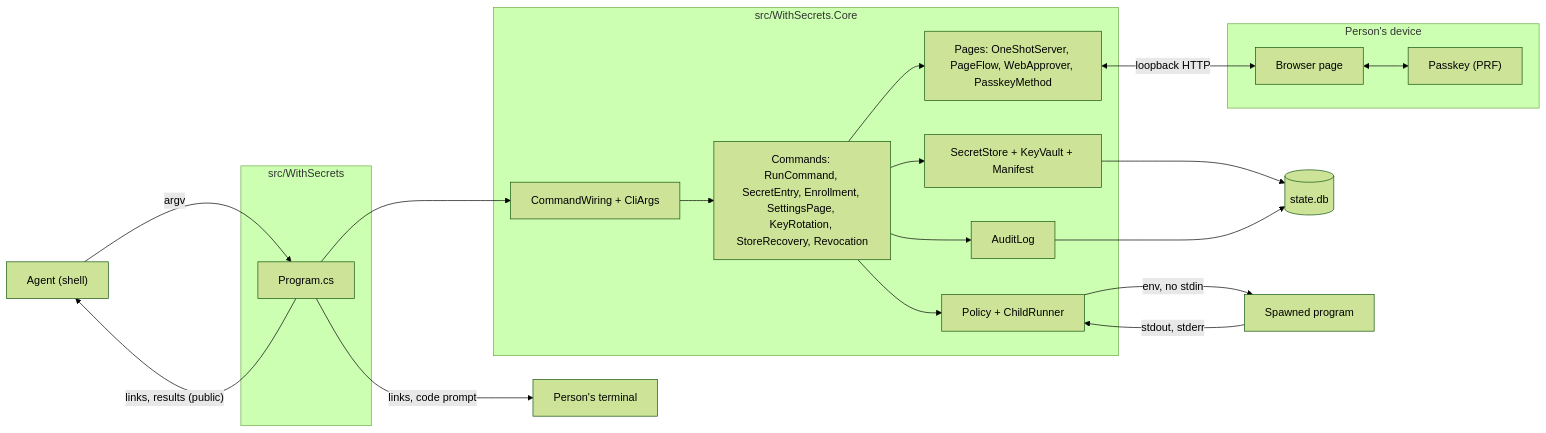
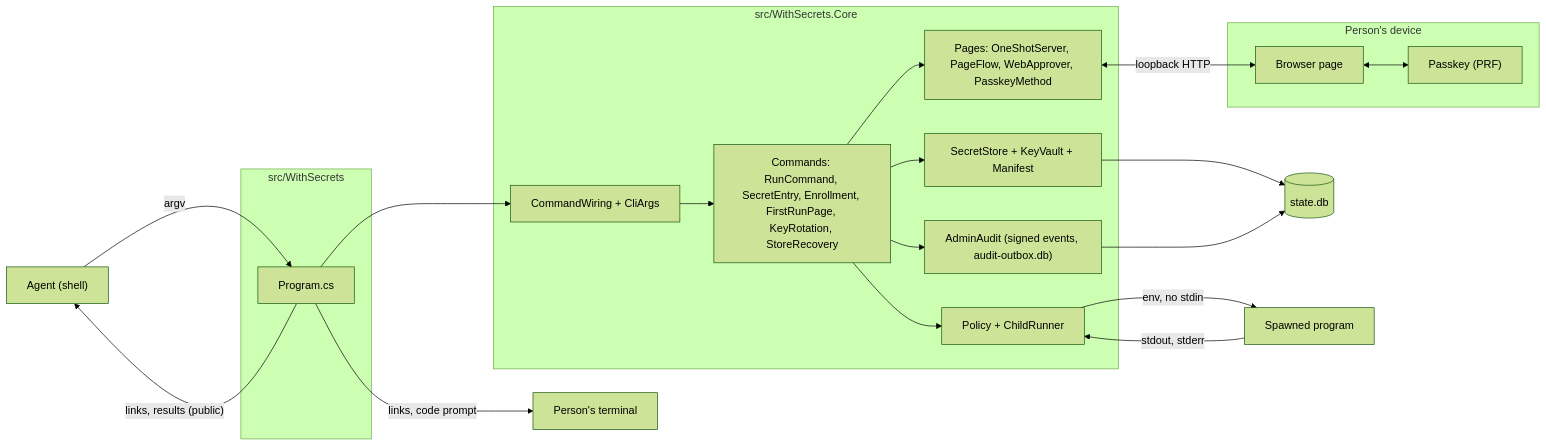
Before and after one commit to CodePenguin/with-secrets: the first of 8 diagrams in docs/architecture.md, drawn with Mermaid (forest theme). The commit also changed other lines of this file and 271 other files, not shown here.

````diff
--- a/docs/architecture.md
+++ b/docs/architecture.md
@@ -17,37 +17,37 @@
 ```mermaid
 flowchart LR
     Agent["Agent (shell)"]
     Term["Person's terminal"]
     subgraph Dev["Person's device"]
         Browser["Browser page"]
         Passkey["Passkey (PRF)"]
     end
     subgraph CLI["src/WithSecrets"]
         Prog["Program.cs"]
     end
     subgraph Core["src/WithSecrets.Core"]
         Wire["CommandWiring + CliArgs"]
-        Cmds["Commands: RunCommand, SecretEntry, Enrollment, SettingsPage, KeyRotation, StoreRecovery, Revocation"]
+        Cmds["Commands: RunCommand, SecretEntry, Enrollment, FirstRunPage, KeyRotation, StoreRecovery"]
         Pages["Pages: OneShotServer, PageFlow, WebApprover, PasskeyMethod"]
         Pol["Policy + ChildRunner"]
         Vault["SecretStore + KeyVault + Manifest"]
-        Audit["AuditLog"]
+        Audit["AdminAudit (signed events, audit-outbox.db)"]
     end
     DB[("state.db")]
     Child["Spawned program"]
 
     Agent -->|"argv"| Prog
     Prog --> Wire --> Cmds
     Cmds --> Pages
     Cmds --> Pol
     Cmds --> Vault
     Cmds --> Audit
     Vault --> DB
     Audit --> DB
     Pol -->|"env, no stdin"| Child
     Child -->|"stdout, stderr"| Pol
     Prog -->|"links, results (public)"| Agent
     Prog -->|"links, code prompt"| Term
     Pages <-->|"loopback HTTP"| Browser
     Browser <--> Passkey
 ```
````
